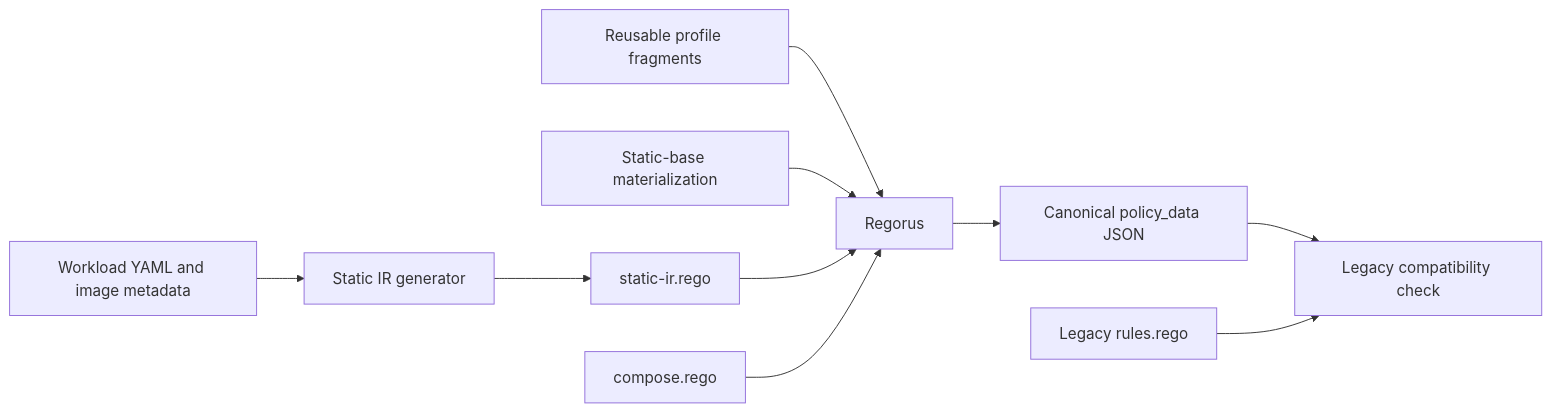
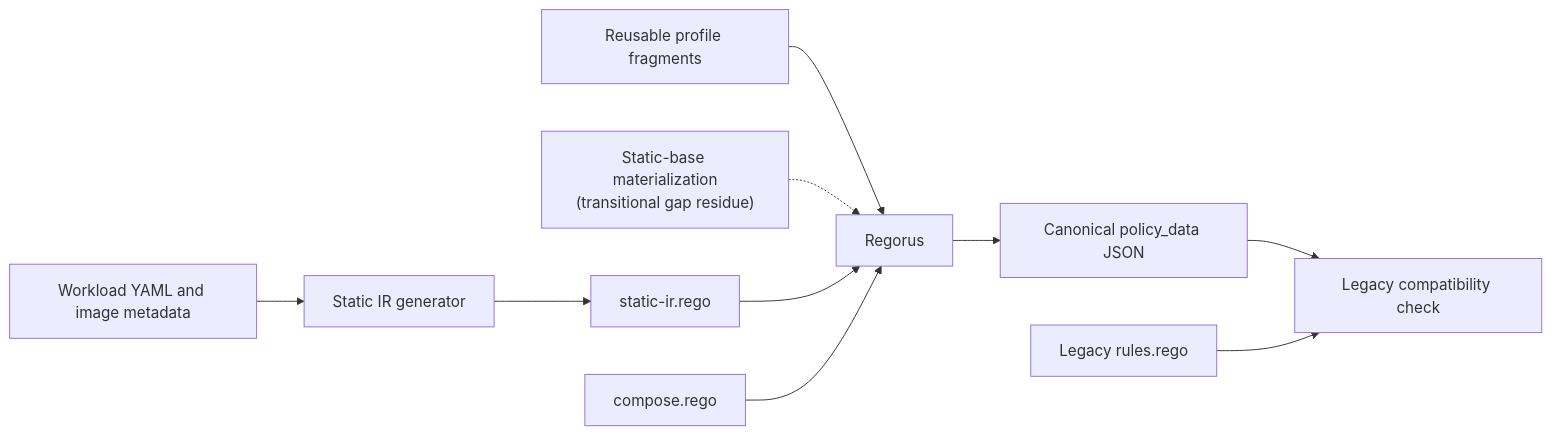
One commit to bodzhang/kata-containers changed the third of 4 diagrams in docs/design/genpolicy-fragment-rego.md. Above: the diagram before and after it, drawn with Mermaid. The commit also changed other lines of this file and 17 other files, not shown here.

````diff
--- a/docs/design/genpolicy-fragment-rego.md
+++ b/docs/design/genpolicy-fragment-rego.md
@@ -1258,12 +1355,12 @@
 ```mermaid
 flowchart LR
     YAML[Workload YAML and image metadata] --> GEN[Static IR generator]
     GEN --> S[static-ir.rego]
     PF[Reusable profile fragments] --> R[Regorus]
-    MF[Static-base materialization] --> R
+    MF["Static-base materialization<br/>(transitional gap residue)"] -.-> R
     S --> R
     C[compose.rego] --> R
     R --> D[Canonical policy_data JSON]
   D --> CHECK[Legacy compatibility check]
   L[Legacy rules.rego] --> CHECK
 ```
````
